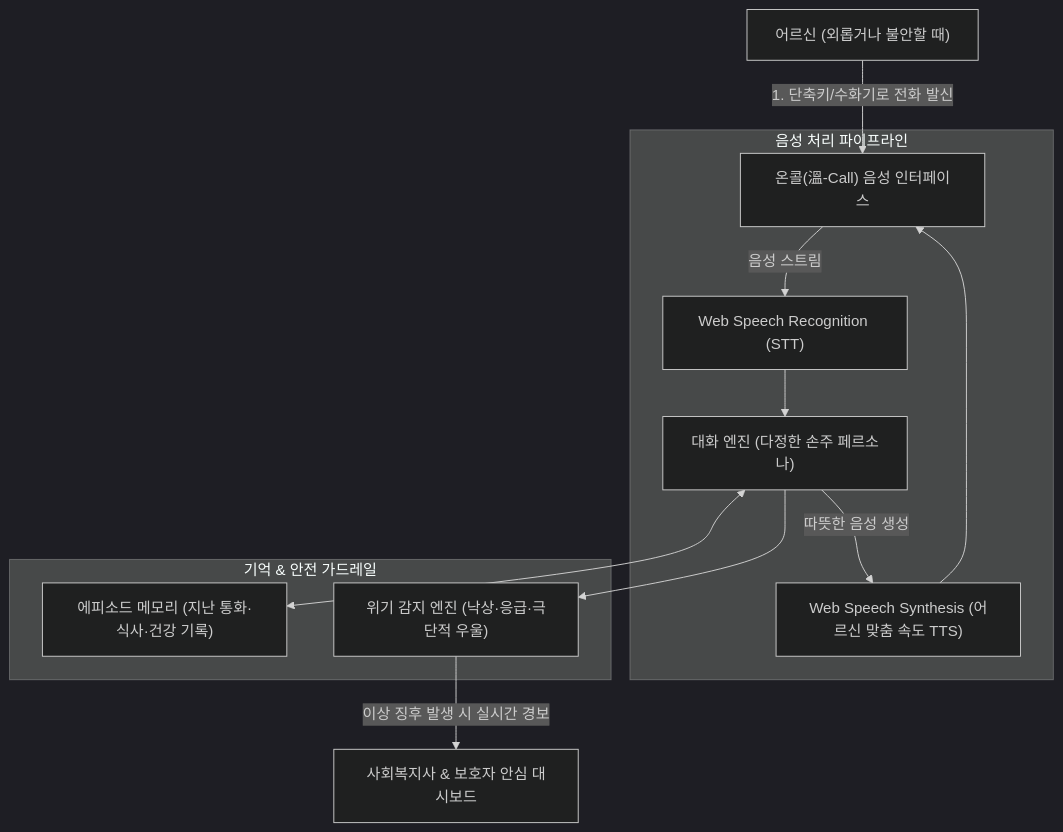
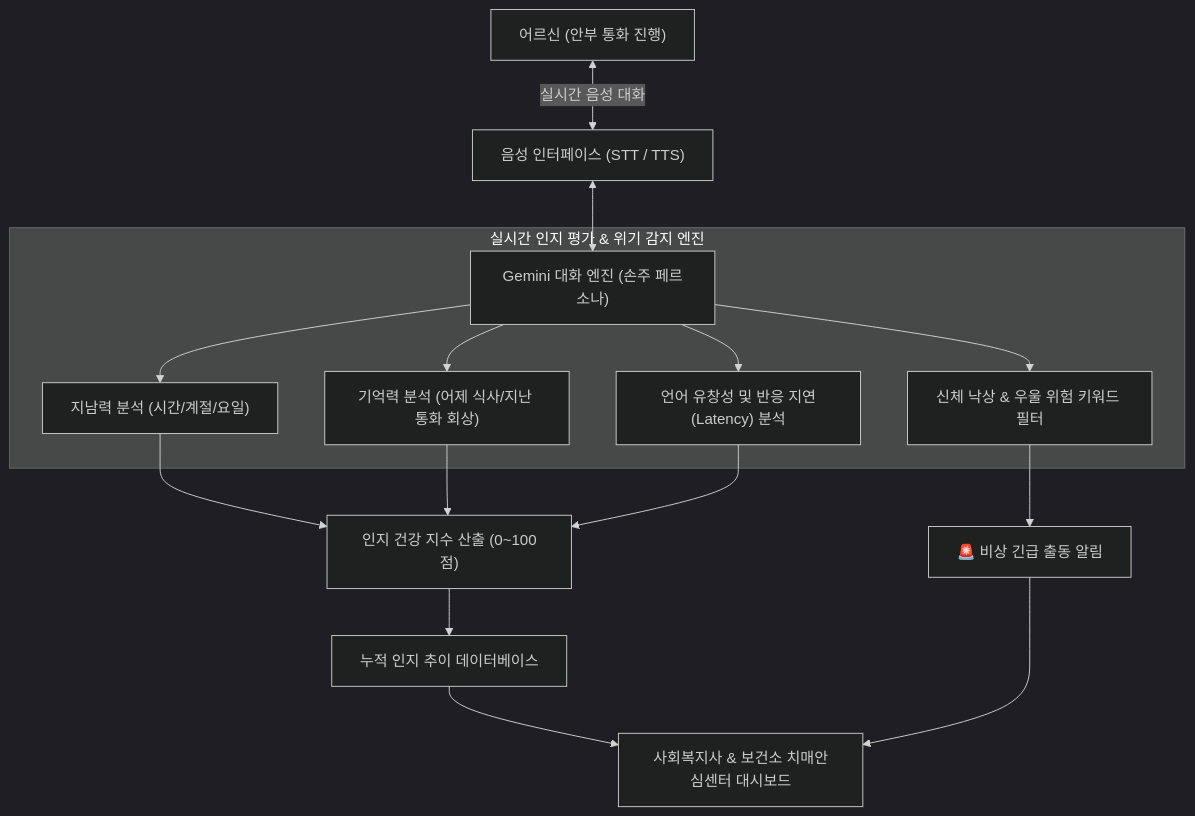
The diagram in README.md (iscream2124/warm-call-ai), drawn with Mermaid (dark theme) before and after one commit. The commit also changed other lines of this file and 1 other file, not shown here.

Commit message:
feat: add conversational cognitive assessment and dementia screening dashboard

````diff
--- a/README.md
+++ b/README.md
@@ -29,18 +27,18 @@
 ```mermaid
 flowchart TD
-    Senior["어르신 (외롭거나 불안할 때)"] -->|1. 단축키/수화기로 전화 발신| PhoneUI["온콜(溫-Call) 음성 인터페이스"]
+    Senior["어르신 (안부 통화 진행)"] <-->|실시간 음성 대화| AudioEngine["음성 인터페이스 (STT / TTS)"]
+    AudioEngine <--> LLM["Gemini 대화 엔진 (손주 페르소나)"]
     
-    subgraph VoicePipeline ["음성 처리 파이프라인"]
-        PhoneUI -->|음성 스트림| STT["Web Speech Recognition (STT)"]
-        STT --> Core["대화 엔진 (다정한 손주 페르소나)"]
-        Core -->|따뜻한 음성 생성| TTS["Web Speech Synthesis (어르신 맞춤 속도 TTS)"]
-        TTS --> PhoneUI
+    subgraph CognitiveAndSafety ["실시간 인지 평가 & 위기 감지 엔진"]
+        LLM --> Orientation["지남력 분석 (시간/계절/요일)"]
+        LLM --> MemoryRecall["기억력 분석 (어제 식사/지난 통화 회상)"]
+        LLM --> Fluency["언어 유창성 및 반응 지연(Latency) 분석"]
+        LLM --> RiskFilter["신체 낙상 & 우울 위험 키워드 필터"]
     end
     
-    subgraph IntelligenceLayer ["기억 & 안전 가드레일"]
-        Core <--> Memory["에피소드 메모리 (지난 통화·식사·건강 기록)"]
-        Core --> RiskDetector["위기 감지 엔진 (낙상·응급·극단적 우울)"]
-    end
+    Orientation & MemoryRecall & Fluency --> ScoreEngine["인지 건강 지수 산출 (0~100점)"]
+    ScoreEngine --> TrendDB["누적 인지 추이 데이터베이스"]
+    RiskFilter --> UrgentAlert["🚨 비상 긴급 출동 알림"]
     
-    RiskDetector -->|이상 징후 발생 시 실시간 경보| WelfareDashboard["사회복지사 & 보호자 안심 대시보드"]
+    TrendDB & UrgentAlert --> Dashboard["사회복지사 & 보건소 치매안심센터 대시보드"]
 ```
````
